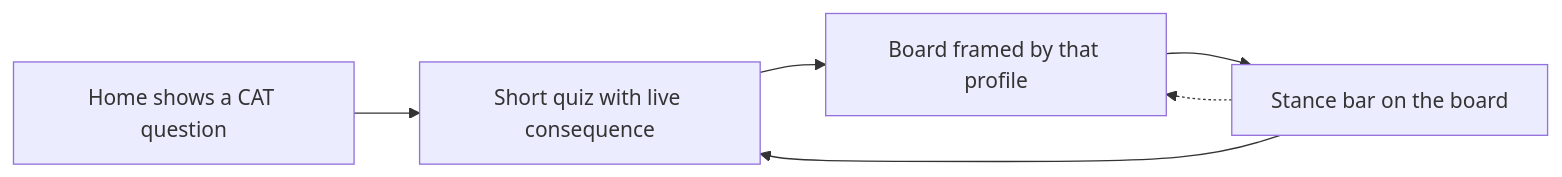
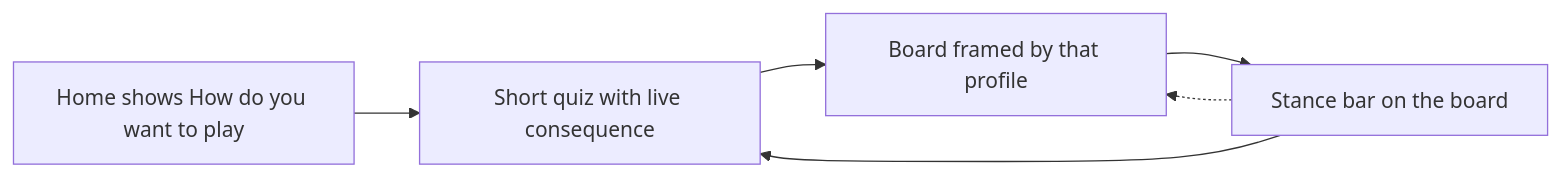
Before and after one commit to mlmar/draft-duck: the third of 4 diagrams in docs/plans/quiz-centered-ux.md, drawn with Mermaid. The commit also changed other lines of this file and 35 other files, not shown here.

Commit message:
Ship the quiz-centered flow so named builds write the stance map and the board is that profile's ranked output.

````diff
--- a/docs/plans/quiz-centered-ux.md
+++ b/docs/plans/quiz-centered-ux.md
@@ -79,11 +111,11 @@
 ```mermaid
 flowchart LR
-  hook[Home shows a CAT question]
+  hook[Home shows How do you want to play]
   quiz[Short quiz with live consequence]
   board[Board framed by that profile]
   stance[Stance bar on the board]
   hook --> quiz --> board
   board --> stance
   stance -.-> board
   stance --> quiz
 ```
````
